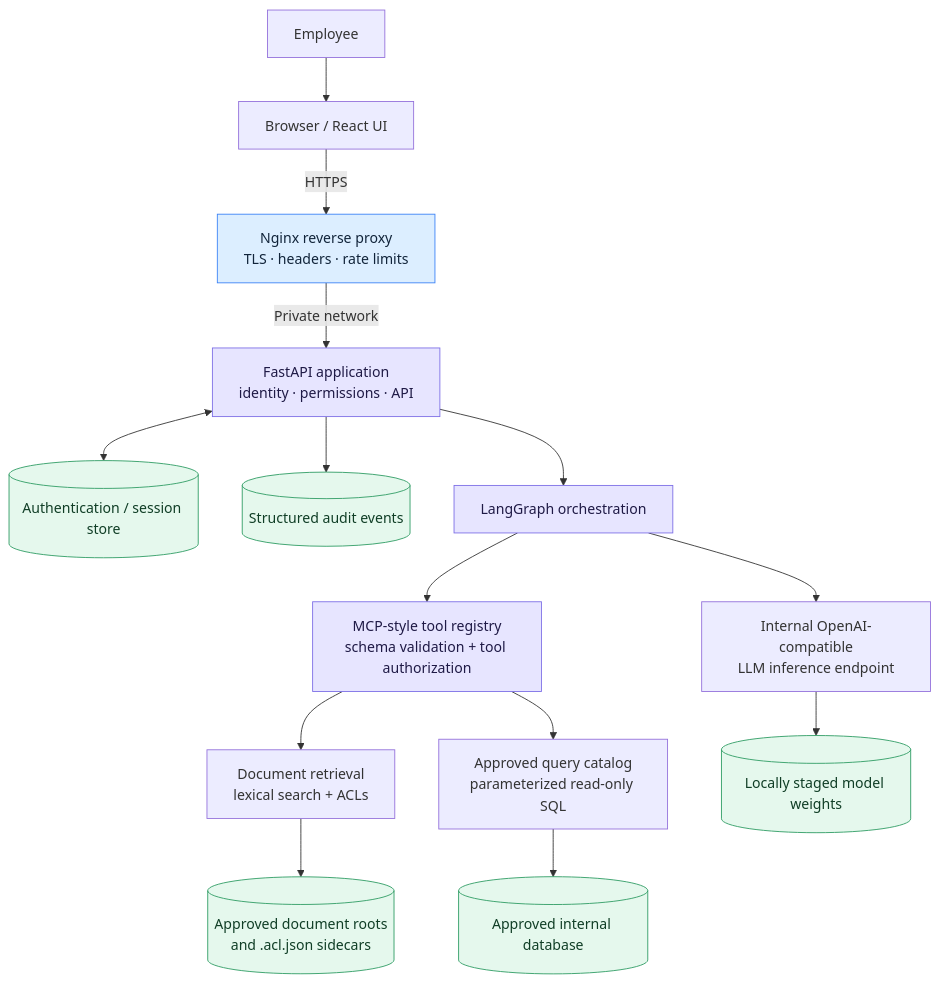
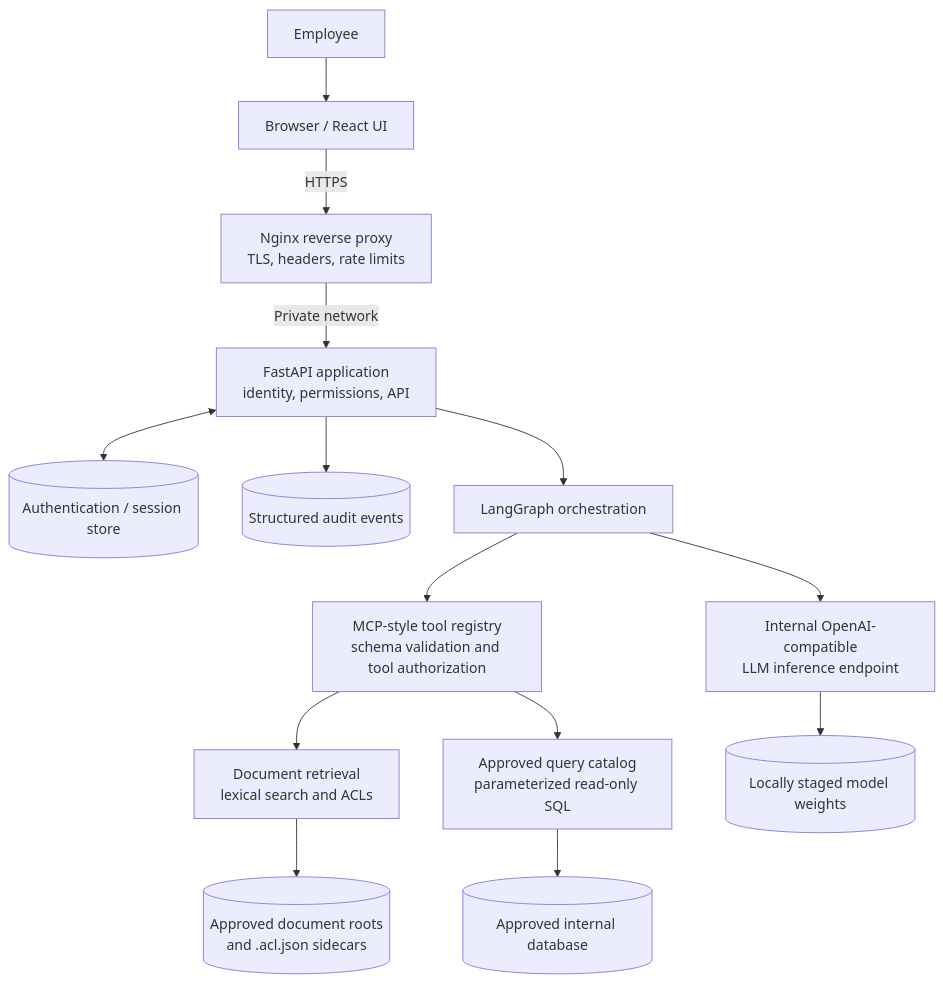
One commit to NithinGJ2005/AeroGrid_AI changed the first of 4 diagrams in README.md. Above: the diagram before and after it, drawn with Mermaid. The commit also changed other lines of this file, not shown here.

````diff
--- a/README.md
+++ b/README.md
@@ -37,23 +45,16 @@
 ```mermaid
 flowchart TB
- EMP[Employee] --> BROWSER[Browser / React UI]
- BROWSER -->|HTTPS| NGINX[Nginx reverse proxy<br/>TLS · headers · rate limits]
- NGINX -->|Private network| API[FastAPI application<br/>identity · permissions · API]
- API <--> AUTH[(Authentication / session store)]
- API --> AUDIT[(Structured audit events)]
- API --> GRAPH[LangGraph orchestration]
- GRAPH --> MCP[MCP-style tool registry<br/>schema validation + tool authorization]
- MCP --> DOCS[Document retrieval<br/>lexical search + ACLs]
- MCP --> DB[Approved query catalog<br/>parameterized read-only SQL]
- DOCS --> FILES[(Approved document roots<br/>and .acl.json sidecars)]
- DB --> CORPDB[(Approved internal database)]
- GRAPH --> LLM[Internal OpenAI-compatible<br/>LLM inference endpoint]
- LLM --> MODEL[(Locally staged model weights)]
-
- classDef edge fill:#dceeff,stroke:#3b82f6,color:#11243a
- classDef core fill:#e7e5ff,stroke:#7c6ee6,color:#1f1a46
- classDef data fill:#e5f8ed,stroke:#2d9b62,color:#103e26
- class NGINX edge
- class API,GRAPH,MCP core
- class AUTH,AUDIT,FILES,CORPDB,MODEL data
+    EMP[Employee] --> BROWSER[Browser / React UI]
+    BROWSER -->|HTTPS| NGINX[Nginx reverse proxy<br/>TLS, headers, rate limits]
+    NGINX -->|Private network| API[FastAPI application<br/>identity, permissions, API]
+    API <--> AUTH[(Authentication / session store)]
+    API --> AUDIT[(Structured audit events)]
+    API --> GRAPH[LangGraph orchestration]
+    GRAPH --> MCP[MCP-style tool registry<br/>schema validation and tool authorization]
+    MCP --> DOCS[Document retrieval<br/>lexical search and ACLs]
+    MCP --> DB[Approved query catalog<br/>parameterized read-only SQL]
+    DOCS --> FILES[(Approved document roots<br/>and .acl.json sidecars)]
+    DB --> CORPDB[(Approved internal database)]
+    GRAPH --> LLM[Internal OpenAI-compatible<br/>LLM inference endpoint]
+    LLM --> MODEL[(Locally staged model weights)]
 ```
````
